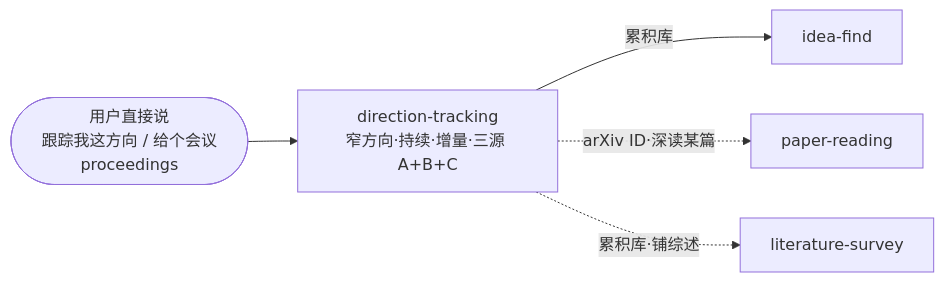
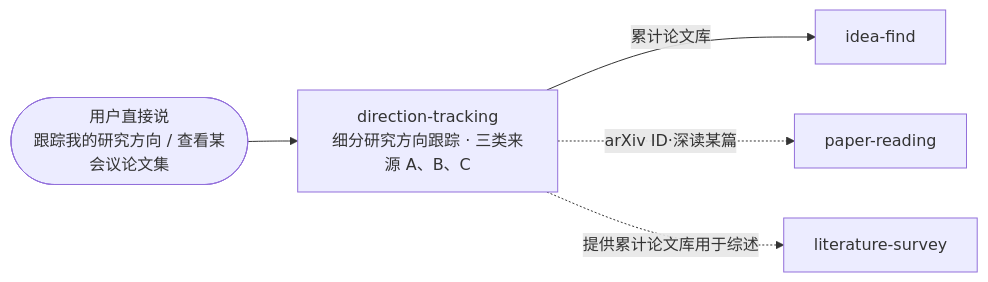
The first of 3 diagrams in plugins/dl-assistant/skills/direction-tracking/SKILL.md (jackwang0108/dl-assistant), drawn with Mermaid before and after one commit. The commit also changed other lines of this file and 143 other files, not shown here.

````diff
--- a/plugins/dl-assistant/skills/direction-tracking/SKILL.md
+++ b/plugins/dl-assistant/skills/direction-tracking/SKILL.md
@@ -18,8 +18,8 @@
 ```mermaid
 flowchart LR
-    USER(["用户直接说<br/>跟踪我这方向 / 给个会议proceedings"]) --> DT
-    DT["direction-tracking<br/>窄方向·持续·增量·三源 A+B+C"]
-    DT -->|累积库| IF[idea-find]
+    USER(["用户直接说<br/>跟踪我的研究方向 / 查看某会议论文集"]) --> DT
+    DT["direction-tracking<br/>细分研究方向跟踪 · 三类来源 A、B、C"]
+    DT -->|累计论文库| IF[idea-find]
     DT -.->|arXiv ID·深读某篇| PR[paper-reading]
-    DT -.->|累积库·铺综述| LS[literature-survey]
+    DT -.->|提供累计论文库用于综述| LS[literature-survey]
 ```
````
